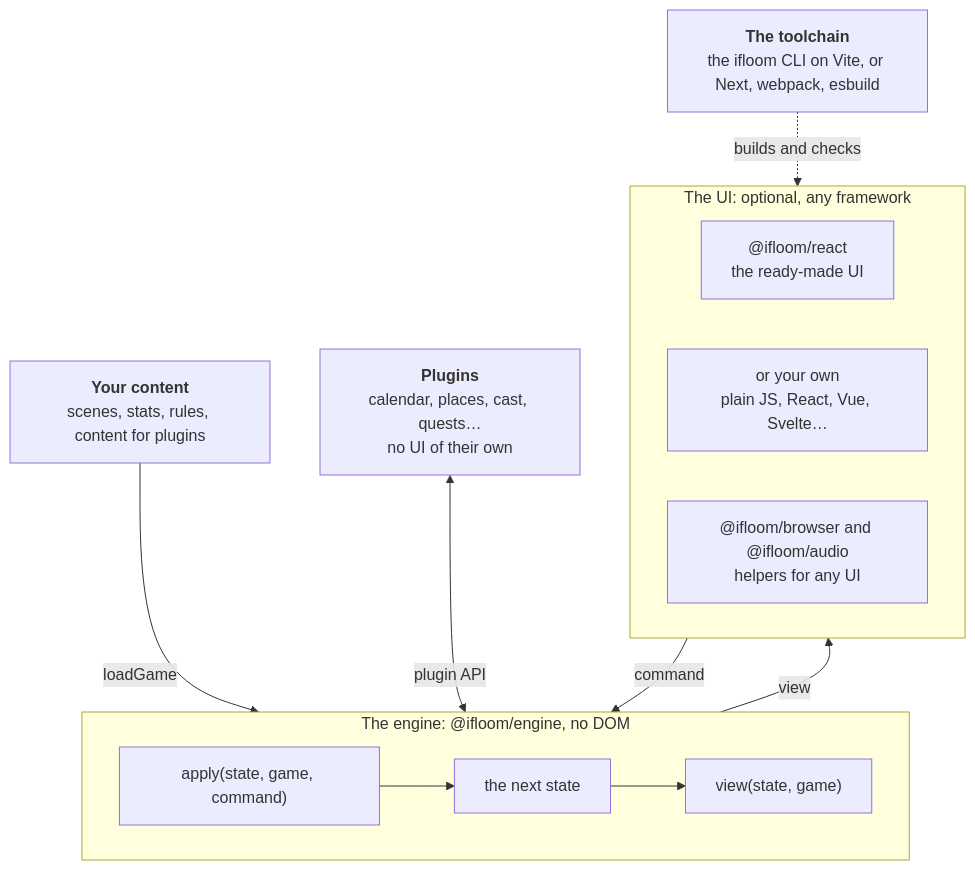
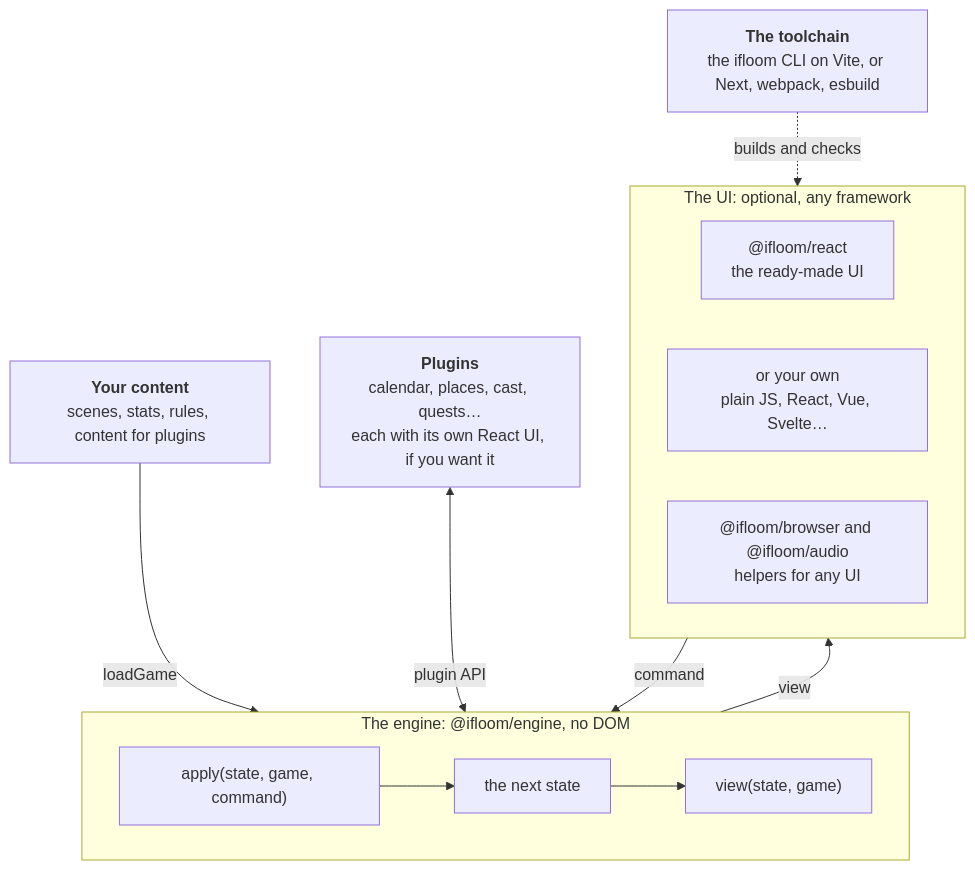
The diagram in site/content/docs/(latest)/guide/how-it-fits.md (IFLoom/ifloom), drawn with Mermaid before and after one commit. The commit also changed other lines of this file and 197 other files, not shown here.

````diff
--- a/site/content/docs/(latest)/guide/how-it-fits.md
+++ b/site/content/docs/(latest)/guide/how-it-fits.md
@@ -7,21 +7,21 @@
 ```mermaid
 flowchart TB
   content["<b>Your content</b><br/>scenes, stats, rules, content for plugins"]
-  plugins["<b>Plugins</b><br/>calendar, places, cast, quests…<br/>no UI of their own"]
+  plugins["<b>Plugins</b><br/>calendar, places, cast, quests…<br/>each with its own React UI, if you want it"]
   subgraph engine["The engine: @ifloom/engine, no DOM"]
     direction LR
     apply["apply(state, game, command)"] --> state["the next state"] --> view["view(state, game)"]
   end
   subgraph ui["The UI: optional, any framework"]
     direction LR
     react["@ifloom/react<br/>the ready-made UI"]
     own["or your own<br/>plain JS, React, Vue, Svelte…"]
     helpers["@ifloom/browser and @ifloom/audio<br/>helpers for any UI"]
   end
   tools["<b>The toolchain</b><br/>the ifloom CLI on Vite, or Next, webpack, esbuild"]
   content -- loadGame --> engine
   plugins <-- plugin API --> engine
   engine -- view --> ui
   ui -- command --> engine
   tools -. builds and checks .-> ui
 ```
````
